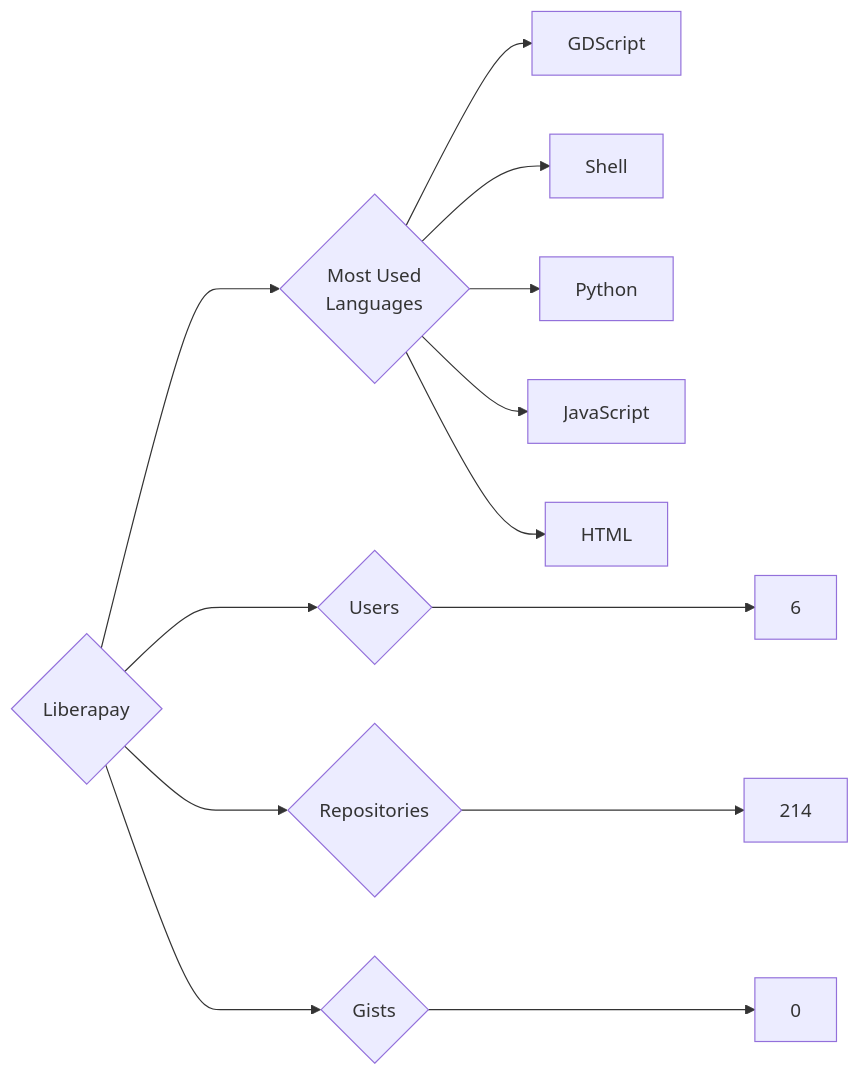
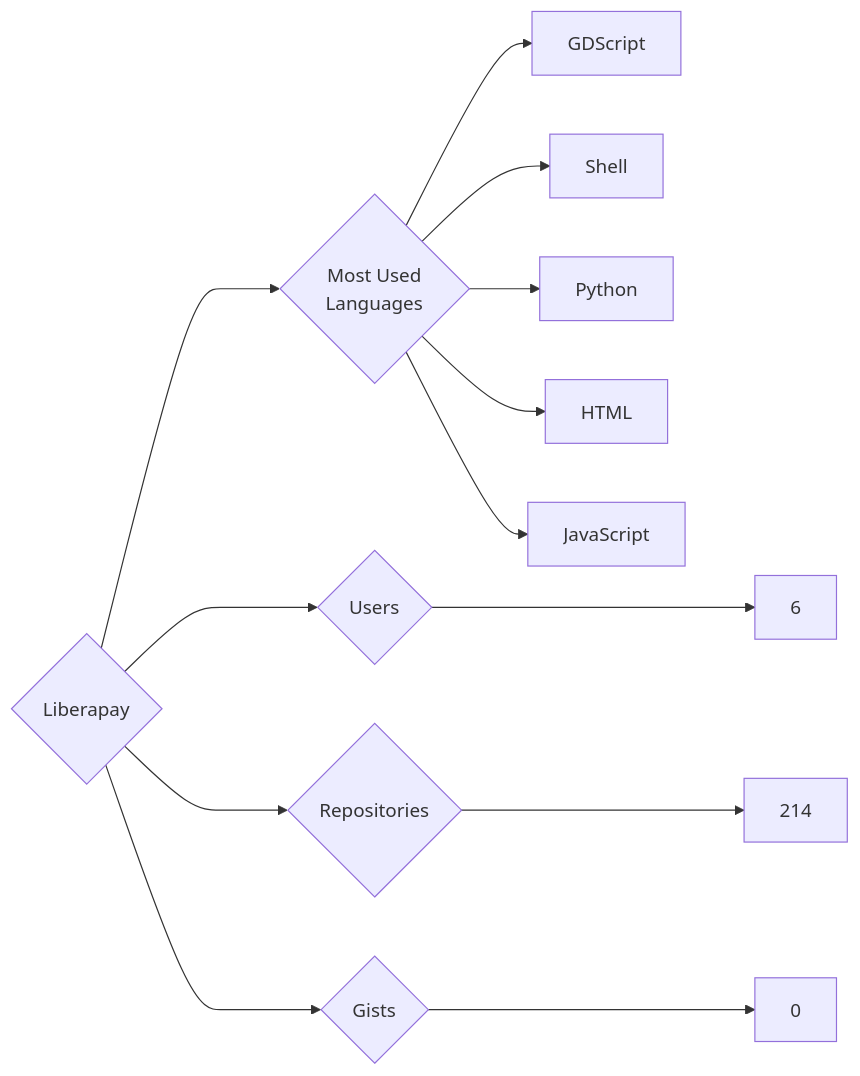
The diagram in targets/Liberapay/README.md (trickest/insiders), drawn with Mermaid before and after one commit. The commit also changed 951 other files, not shown here.

````diff
--- a/targets/Liberapay/README.md
+++ b/targets/Liberapay/README.md
@@ -3,13 +3,13 @@
 ```mermaid
 graph LR
 COMPANY_NAME{Liberapay}
 COMPANY_NAME ---> U{Users} ---> UN[6]
 COMPANY_NAME ---> R{Repositories} ---> RN[214]
 COMPANY_NAME ---> G{Gists} ---> GN[0]
 COMPANY_NAME ---> ML{Most Used<br>Languages}
-ML --> GDScript
-ML --> Shell
-ML --> Python
-ML --> JavaScript
-ML --> HTML
+ML --> GDScript[GDScript]
+ML --> Shell[Shell]
+ML --> Python[Python]
+ML --> HTML[HTML]
+ML --> JavaScript[JavaScript]
 ```
````
